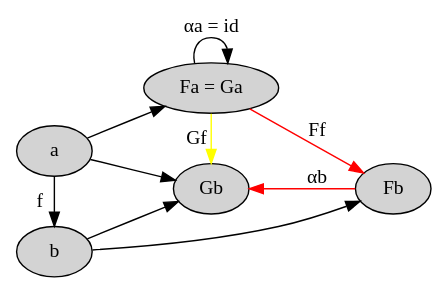
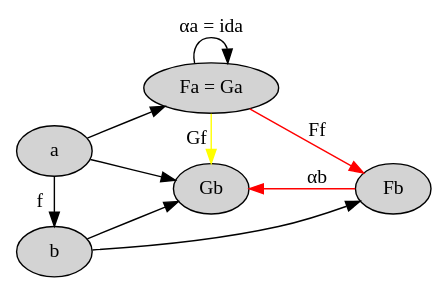
The diagram in chapter17-challenge1-part3.dot (evenbrenden/ct4p-challenges), drawn with Graphviz before and after one commit. The commit also changed 14 other files, not shown here.

```diff
--- a/chapter17-challenge1-part3.dot
+++ b/chapter17-challenge1-part3.dot
@@ -1,23 +1,23 @@
 digraph {
   node [style="filled" color="black" fillcolor="lightgray"]
 
   rankdir=LR
   { rank=same a b }
   { rank=same Gb FaGa }
 
   a [label="a"]
   b [label="b"]
   Fb [label="Fb"]
   Gb [label="Gb"]
   FaGa [label="Fa = Ga"]
 
   a -> b [label="f"]
   a -> Gb
   a -> FaGa
   b -> Fb
   b -> Gb
-  FaGa -> FaGa [label="αa = id"]
+  FaGa -> FaGa [label="αa = ida"]
   FaGa -> Fb [label="Ff" color="red"]
   Fb -> Gb [label="αb" color="red"]
   FaGa -> Gb [label="Gf" color="yellow"]
 }
```
